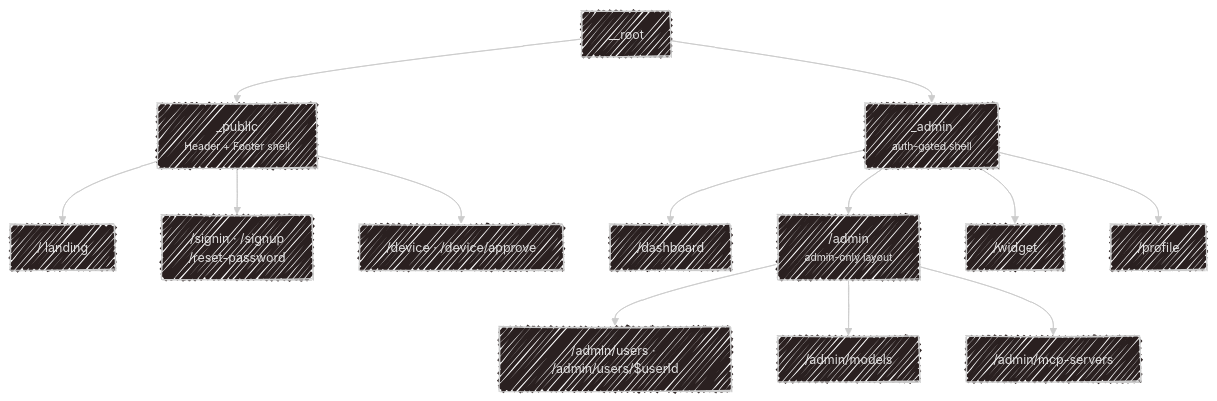
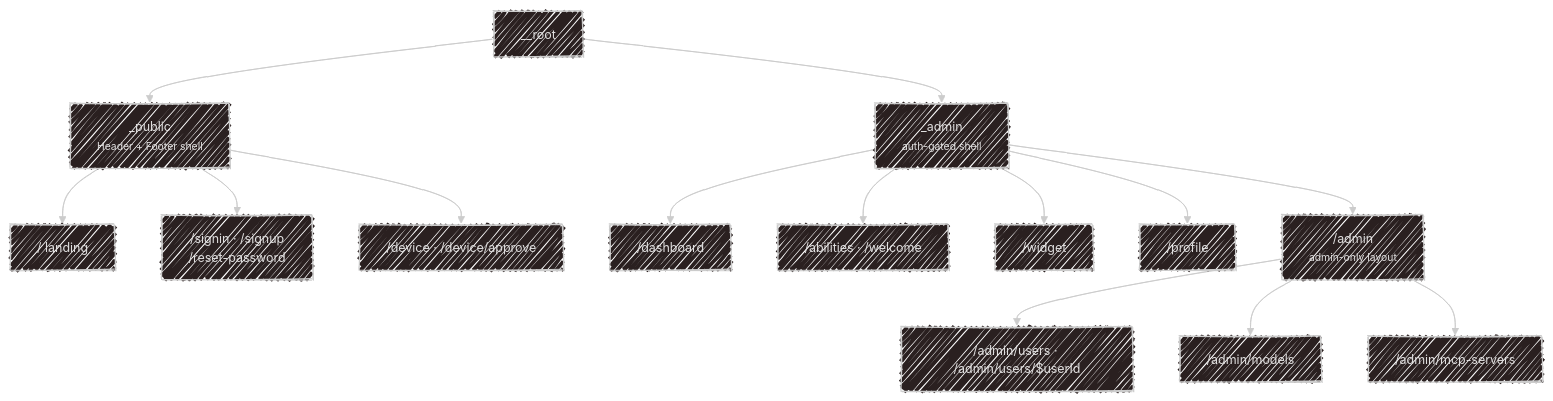
One commit to SubZtep/kaja changed the diagram in docs/development/web.md. Above: the diagram before and after it, drawn with Mermaid. The commit also changed other lines of this file and 18 other files, not shown here.

````diff
--- a/docs/development/web.md
+++ b/docs/development/web.md
@@ -13,22 +13,23 @@
 ```mermaid
 ---
 config:
   look: handDrawn
   theme: neo-dark
 ---
 flowchart TD
     R["__root"] --> P["_public<br><small>Header + Footer shell</small>"]
     R --> A["_admin<br><small>auth-gated shell</small>"]
 
     P --> L["/ landing"]
     P --> S["/signin · /signup<br>/reset-password"]
     P --> D["/device · /device/approve"]
 
     A --> DA["/dashboard"]
+    A --> AB["/abilities · /welcome"]
+    A --> W["/widget"]
+    A --> PR["/profile"]
     A --> AD["/admin<br><small>admin-only layout</small>"]
     AD --> U["/admin/users · /admin/users/$userId"]
     AD --> M["/admin/models"]
     AD --> MC["/admin/mcp-servers"]
-    A --> W["/widget"]
-    A --> PR["/profile"]
 ```
````
